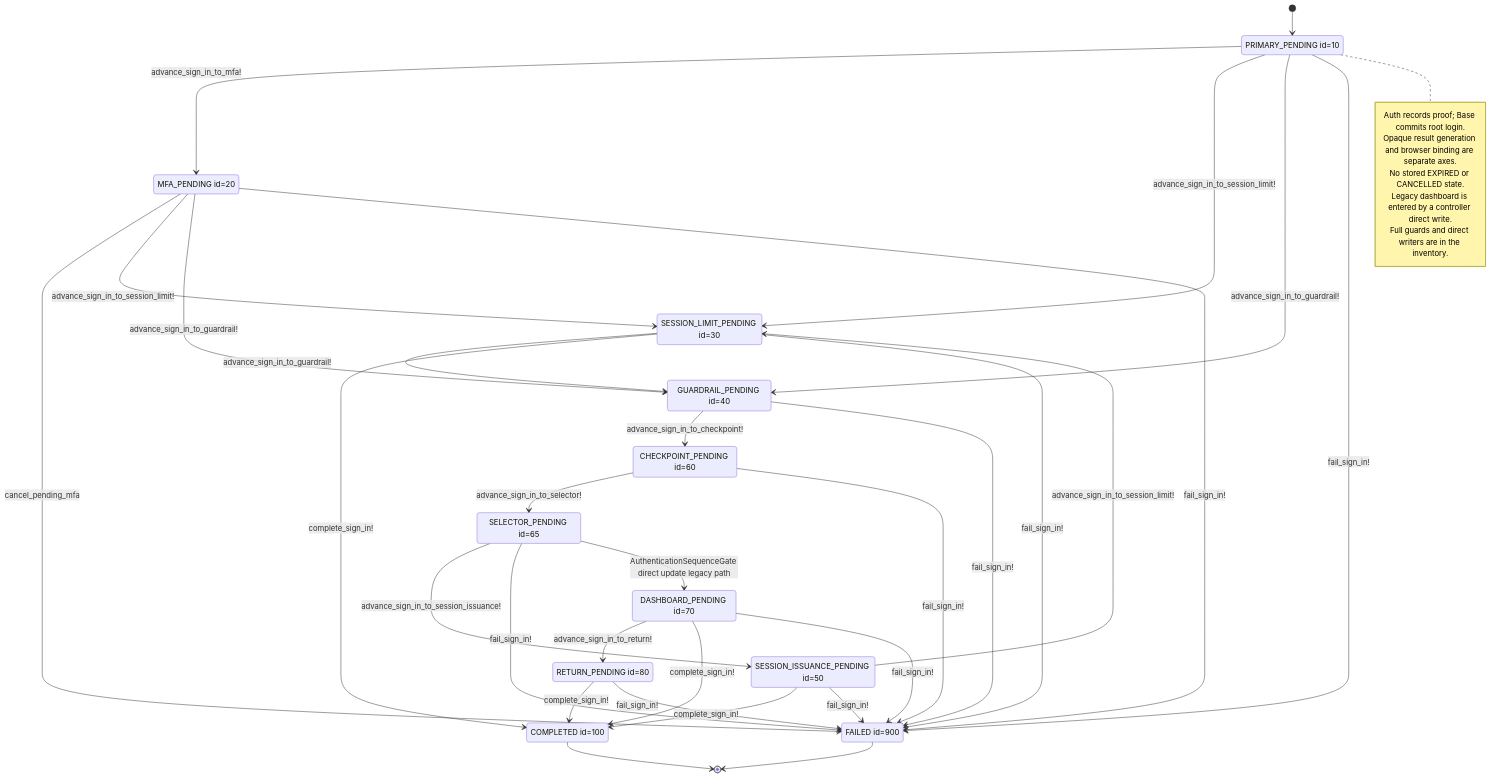
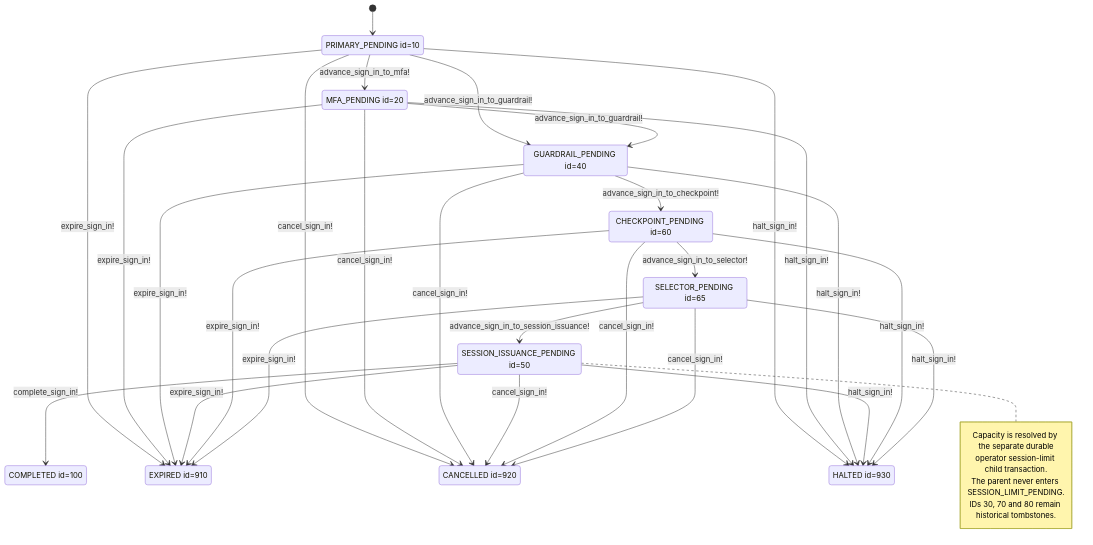
One commit to seahal/umaxica-apps-jit-global changed the diagram in docs/mermaid/idp-operator-sign-in.mmd. Above: the diagram before and after it, drawn with Mermaid. The commit also changed other lines of this file and 921 other files, not shown here.

```diff
--- a/docs/mermaid/idp-operator-sign-in.mmd
+++ b/docs/mermaid/idp-operator-sign-in.mmd
@@ -1,49 +1,47 @@
 stateDiagram-v2
-    %% CURRENT implementation; sources and guards in transition inventory.
+    %% Current sign-in graph; routing and session-limit resolution are separate axes.
     state "PRIMARY_PENDING id=10" as PRIMARY_PENDING
     state "MFA_PENDING id=20" as MFA_PENDING
-    state "SESSION_LIMIT_PENDING id=30" as SESSION_LIMIT_PENDING
     state "GUARDRAIL_PENDING id=40" as GUARDRAIL_PENDING
     state "SESSION_ISSUANCE_PENDING id=50" as SESSION_ISSUANCE_PENDING
     state "CHECKPOINT_PENDING id=60" as CHECKPOINT_PENDING
     state "SELECTOR_PENDING id=65" as SELECTOR_PENDING
-    state "DASHBOARD_PENDING id=70" as DASHBOARD_PENDING
-    state "RETURN_PENDING id=80" as RETURN_PENDING
     state "COMPLETED id=100" as COMPLETED
-    state "FAILED id=900" as FAILED
-    MFA_PENDING --> FAILED: cancel_pending_mfa
+    state "EXPIRED id=910" as EXPIRED
+    state "CANCELLED id=920" as CANCELLED
+    state "HALTED id=930" as HALTED
+
     [*] --> PRIMARY_PENDING
     PRIMARY_PENDING --> MFA_PENDING: advance_sign_in_to_mfa!
-    PRIMARY_PENDING --> SESSION_LIMIT_PENDING: advance_sign_in_to_session_limit!
-    MFA_PENDING --> SESSION_LIMIT_PENDING: advance_sign_in_to_session_limit!
-    SESSION_ISSUANCE_PENDING --> SESSION_LIMIT_PENDING: advance_sign_in_to_session_limit!
     PRIMARY_PENDING --> GUARDRAIL_PENDING: advance_sign_in_to_guardrail!
     MFA_PENDING --> GUARDRAIL_PENDING: advance_sign_in_to_guardrail!
-    SESSION_LIMIT_PENDING --> GUARDRAIL_PENDING: advance_sign_in_to_guardrail!
     GUARDRAIL_PENDING --> CHECKPOINT_PENDING: advance_sign_in_to_checkpoint!
     CHECKPOINT_PENDING --> SELECTOR_PENDING: advance_sign_in_to_selector!
     SELECTOR_PENDING --> SESSION_ISSUANCE_PENDING: advance_sign_in_to_session_issuance!
-    DASHBOARD_PENDING --> RETURN_PENDING: advance_sign_in_to_return!
     SESSION_ISSUANCE_PENDING --> COMPLETED: complete_sign_in!
-    SESSION_LIMIT_PENDING --> COMPLETED: complete_sign_in!
-    DASHBOARD_PENDING --> COMPLETED: complete_sign_in!
-    RETURN_PENDING --> COMPLETED: complete_sign_in!
-    PRIMARY_PENDING --> FAILED: fail_sign_in!
-    MFA_PENDING --> FAILED: fail_sign_in!
-    SESSION_LIMIT_PENDING --> FAILED: fail_sign_in!
-    GUARDRAIL_PENDING --> FAILED: fail_sign_in!
-    SESSION_ISSUANCE_PENDING --> FAILED: fail_sign_in!
-    CHECKPOINT_PENDING --> FAILED: fail_sign_in!
-    SELECTOR_PENDING --> FAILED: fail_sign_in!
-    DASHBOARD_PENDING --> FAILED: fail_sign_in!
-    RETURN_PENDING --> FAILED: fail_sign_in!
-    SELECTOR_PENDING --> DASHBOARD_PENDING: AuthenticationSequenceGate direct update legacy path
-    COMPLETED --> [*]
-    FAILED --> [*]
-    note right of PRIMARY_PENDING
-        Auth records proof; Base commits root login.
-        Opaque result generation and browser binding are separate axes.
-        No stored EXPIRED or CANCELLED state.
-        Legacy dashboard is entered by a controller direct write.
-        Full guards and direct writers are in the inventory.
+
+    PRIMARY_PENDING --> EXPIRED: expire_sign_in!
+    PRIMARY_PENDING --> CANCELLED: cancel_sign_in!
+    PRIMARY_PENDING --> HALTED: halt_sign_in!
+    MFA_PENDING --> EXPIRED: expire_sign_in!
+    MFA_PENDING --> CANCELLED: cancel_sign_in!
+    MFA_PENDING --> HALTED: halt_sign_in!
+    GUARDRAIL_PENDING --> EXPIRED: expire_sign_in!
+    GUARDRAIL_PENDING --> CANCELLED: cancel_sign_in!
+    GUARDRAIL_PENDING --> HALTED: halt_sign_in!
+    SESSION_ISSUANCE_PENDING --> EXPIRED: expire_sign_in!
+    SESSION_ISSUANCE_PENDING --> CANCELLED: cancel_sign_in!
+    SESSION_ISSUANCE_PENDING --> HALTED: halt_sign_in!
+    CHECKPOINT_PENDING --> EXPIRED: expire_sign_in!
+    CHECKPOINT_PENDING --> CANCELLED: cancel_sign_in!
+    CHECKPOINT_PENDING --> HALTED: halt_sign_in!
+    SELECTOR_PENDING --> EXPIRED: expire_sign_in!
+    SELECTOR_PENDING --> CANCELLED: cancel_sign_in!
+    SELECTOR_PENDING --> HALTED: halt_sign_in!
+
+    note right of SESSION_ISSUANCE_PENDING
+        Capacity is resolved by the separate durable
+        operator session-limit child transaction.
+        The parent never enters SESSION_LIMIT_PENDING.
+        IDs 30, 70 and 80 remain historical tombstones.
     end note
```
